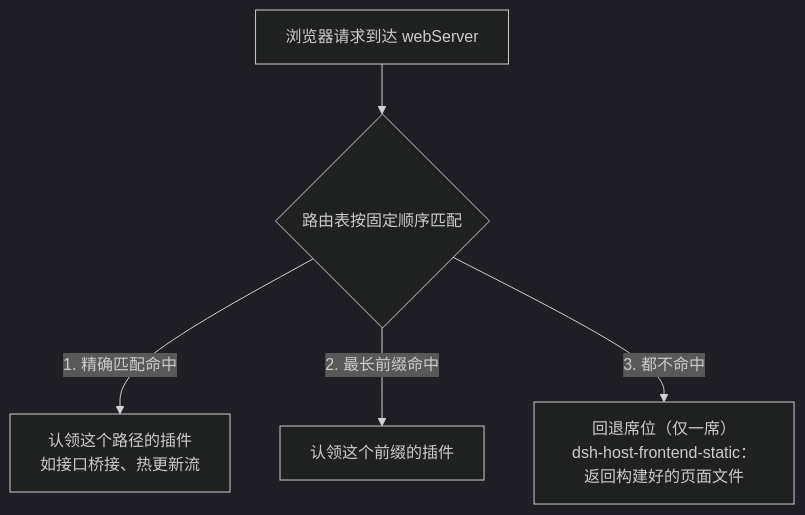
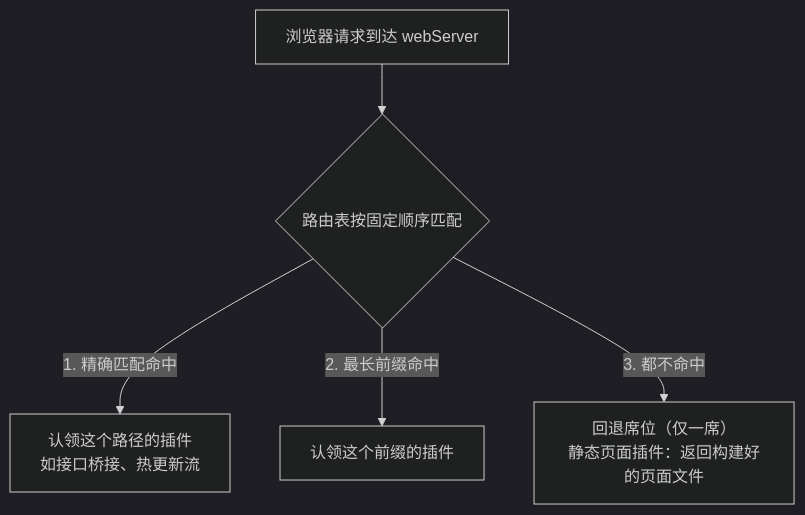
One commit to anthonyzhao-4926/blog changed the first of 3 diagrams in dsh 插件开发学习/04-注册 HTTP 路由与注入页面样式.md. Above: the diagram before and after it, drawn with Mermaid (dark theme). The commit also changed other lines of this file and 37 other files, not shown here.

````diff
--- a/dsh 插件开发学习/04-注册 HTTP 路由与注入页面样式.md
+++ b/dsh 插件开发学习/04-注册 HTTP 路由与注入页面样式.md
@@ -32,7 +32,7 @@
 ```mermaid
 flowchart TD
     B["浏览器请求到达 webServer"] --> Q{"路由表按固定顺序匹配"}
     Q -->|"1. 精确匹配命中"| H1["认领这个路径的插件<br/>如接口桥接、热更新流"]
     Q -->|"2. 最长前缀命中"| H2["认领这个前缀的插件"]
-    Q -->|"3. 都不命中"| H3["回退席位（仅一席）<br/>dsh-host-frontend-static：返回构建好的页面文件"]
+    Q -->|"3. 都不命中"| H3["回退席位（仅一席）<br/>静态页面插件：返回构建好的页面文件"]
 ```
````
